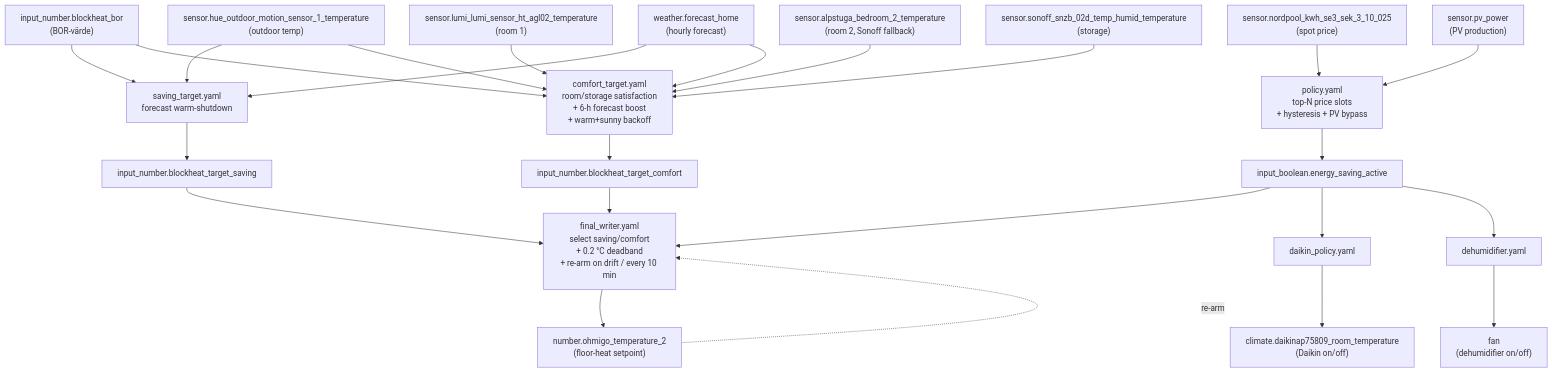
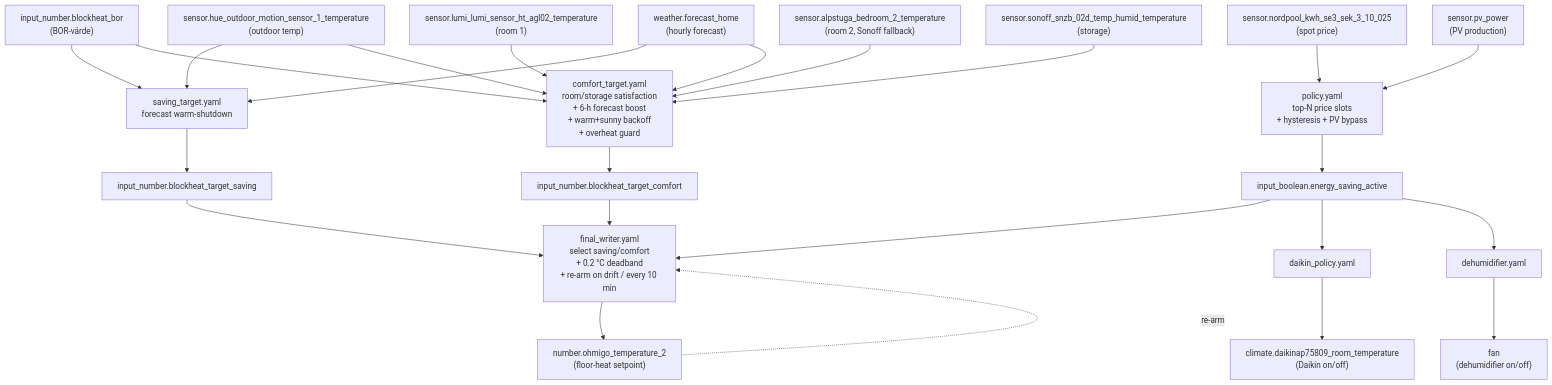
One commit to ohlsont/home-assistant-blueprints changed the diagram in automations/README.md. Above: the diagram before and after it, drawn with Mermaid. The commit also changed other lines of this file and 3 other files, not shown here.

First line of the commit message:
fix(comfort_target): stop heating when a room or the bathroom is too hot (#52)

````diff
--- a/automations/README.md
+++ b/automations/README.md
@@ -16,43 +16,43 @@
 ```mermaid
 flowchart TD
     nordpool["sensor.nordpool_kwh_se3_sek_3_10_025\n(spot price)"]
     pv["sensor.pv_power\n(PV production)"]
     outdoor["sensor.hue_outdoor_motion_sensor_1_temperature\n(outdoor temp)"]
     room1["sensor.lumi_lumi_sensor_ht_agl02_temperature\n(room 1)"]
     room2["sensor.alpstuga_bedroom_2_temperature\n(room 2, Sonoff fallback)"]
     storage["sensor.sonoff_snzb_02d_temp_humid_temperature\n(storage)"]
     forecast["weather.forecast_home\n(hourly forecast)"]
 
     nordpool --> policy
     pv --> policy
     policy["policy.yaml\ntop-N price slots\n+ hysteresis + PV bypass"]
 
     policy --> flag["input_boolean.energy_saving_active"]
 
     bor["input_number.blockheat_bor\n(BOR-värde)"]
 
     bor --> saving_target
     outdoor --> saving_target["saving_target.yaml\nforecast warm-shutdown"]
     forecast --> saving_target
     saving_target --> ib_saving["input_number.blockheat_target_saving"]
 
     bor --> comfort_target
-    outdoor --> comfort_target["comfort_target.yaml\nroom/storage satisfaction\n+ 6-h forecast boost\n+ warm+sunny backoff"]
+    outdoor --> comfort_target["comfort_target.yaml\nroom/storage satisfaction\n+ 6-h forecast boost\n+ warm+sunny backoff\n+ overheat guard"]
     room1 --> comfort_target
     room2 --> comfort_target
     storage --> comfort_target
     forecast --> comfort_target
     comfort_target --> ib_comfort["input_number.blockheat_target_comfort"]
 
     flag --> final_writer["final_writer.yaml\nselect saving/comfort\n+ 0.2 °C deadband\n+ re-arm on drift / every 10 min"]
     ib_saving --> final_writer
     ib_comfort --> final_writer
     final_writer --> ohmigo["number.ohmigo_temperature_2\n(floor-heat setpoint)"]
     ohmigo -.re-arm.-> final_writer
 
     flag --> daikin_policy["daikin_policy.yaml"]
     daikin_policy --> daikin["climate.daikinap75809_room_temperature\n(Daikin on/off)"]
 
     flag --> dehumidifier["dehumidifier.yaml"]
     dehumidifier --> fan["fan\n(dehumidifier on/off)"]
 ```
````
